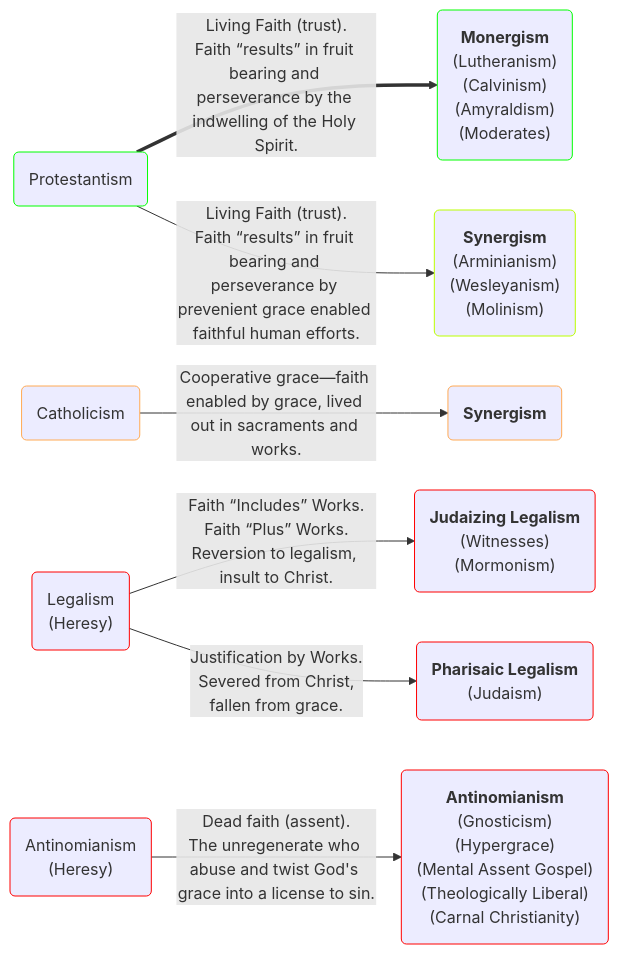
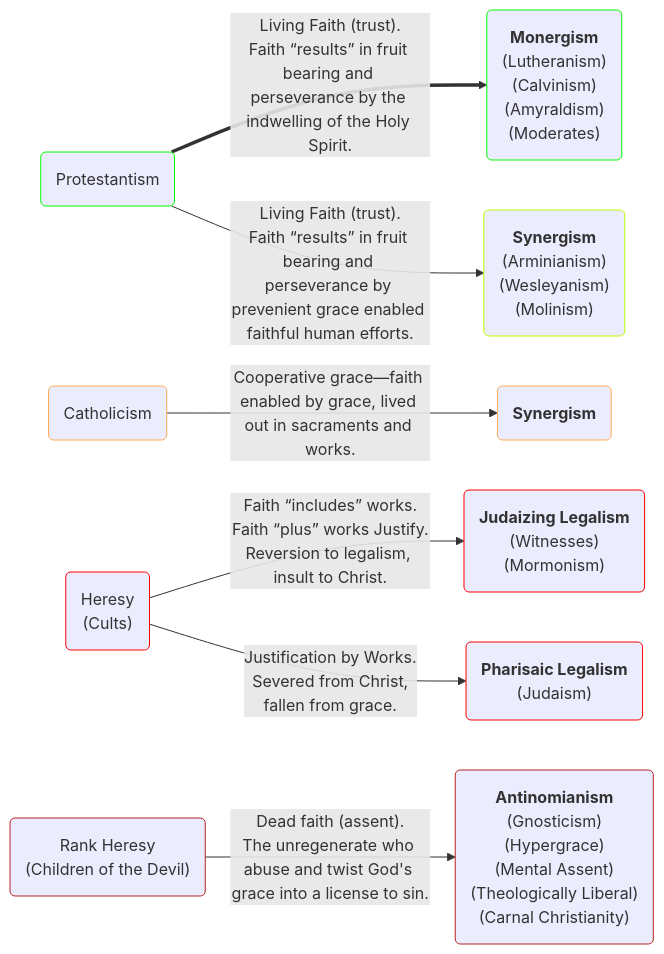
Before and after one commit to OrdoLuminis/ordoluminis.github.io: the first of 2 diagrams in _posts/2025-08-03-historic-protestant-position.markdown, drawn with Mermaid. The commit also changed other lines of this file, not shown here.

````diff
--- a/_posts/2025-08-03-historic-protestant-position.markdown
+++ b/_posts/2025-08-03-historic-protestant-position.markdown
@@ -51,17 +51,18 @@
 ```mermaid
 flowchart LR
     A(Protestantism):::green
     B(Catholicism):::orange
-    C(Legalism<br>&lpar;Heresy&rpar;):::red
-    D(Antinomianism<br>&lpar;Heresy&rpar;):::red
+    C(Heresy<br>&lpar;Cults&rpar;):::red
+    D(Rank Heresy<br>&lpar;Children of the Devil&rpar;):::firebrick
     A ==>|Living Faith &lpar;trust&rpar;.<br>Faith &ldquo;results&rdquo; in fruit bearing and perseverance by the indwelling of the Holy Spirit.| E(<strong>Monergism</strong><br>&lpar;Lutheranism&rpar;<br>&lpar;Calvinism&rpar;<br>&lpar;Amyraldism&rpar;<br>&lpar;Moderates&rpar;):::green
     A -->|Living Faith &lpar;trust&rpar;.<br>Faith &ldquo;results&rdquo; in fruit bearing and perseverance by prevenient grace enabled faithful human efforts.| F(<strong>Synergism</strong><br>&lpar;Arminianism&rpar;<br>&lpar;Wesleyanism&rpar;<br>&lpar;Molinism&rpar;):::lightgreen
     B -->|Cooperative grace&mdash;faith enabled by grace, lived out in sacraments and works.|G(<strong>Synergism</strong>):::orange
-    C -->|Faith &ldquo;Includes&rdquo; Works.<br>Faith &ldquo;Plus&rdquo; Works.<br>Reversion to legalism, insult to Christ.| I(<strong>Judaizing Legalism</strong><br>&lpar;Witnesses&rpar;<br>&lpar;Mormonism&rpar;):::red
+    C -->|Faith &ldquo;includes&rdquo; works.<br>Faith &ldquo;plus&rdquo; works Justify.<br>Reversion to legalism, insult to Christ.| I(<strong>Judaizing Legalism</strong><br>&lpar;Witnesses&rpar;<br>&lpar;Mormonism&rpar;):::red
     C -->|Justification by Works.<br>Severed from Christ,<br>fallen from grace.| H(<strong>Pharisaic Legalism</strong><br>&lpar;Judaism&rpar;):::red
-    D -->|Dead faith &lpar;assent&rpar;.<br>The unregenerate who abuse and twist God's grace into a license to sin.| J(<strong>Antinomianism</strong><br>&lpar;Gnosticism&rpar;<br>&lpar;Hypergrace&rpar;<br>&lpar;Mental Assent Gospel&rpar;<br>&lpar;Theologically Liberal&rpar;<br>&lpar;Carnal Christianity&rpar;):::red
+    D -->|Dead faith &lpar;assent&rpar;.<br>The unregenerate who abuse and twist God's grace into a license to sin.| J(<strong>Antinomianism</strong><br>&lpar;Gnosticism&rpar;<br>&lpar;Hypergrace&rpar;<br>&lpar;Mental Assent&rpar;<br>&lpar;Theologically Liberal&rpar;<br>&lpar;Carnal Christianity&rpar;):::firebrick
     classDef red stroke:#f00
     classDef green stroke:#0f0
     classDef lightgreen stroke:#Bf0
     classDef orange stroke:#fa5
+    classDef firebrick stroke:#b22
 ```
````
